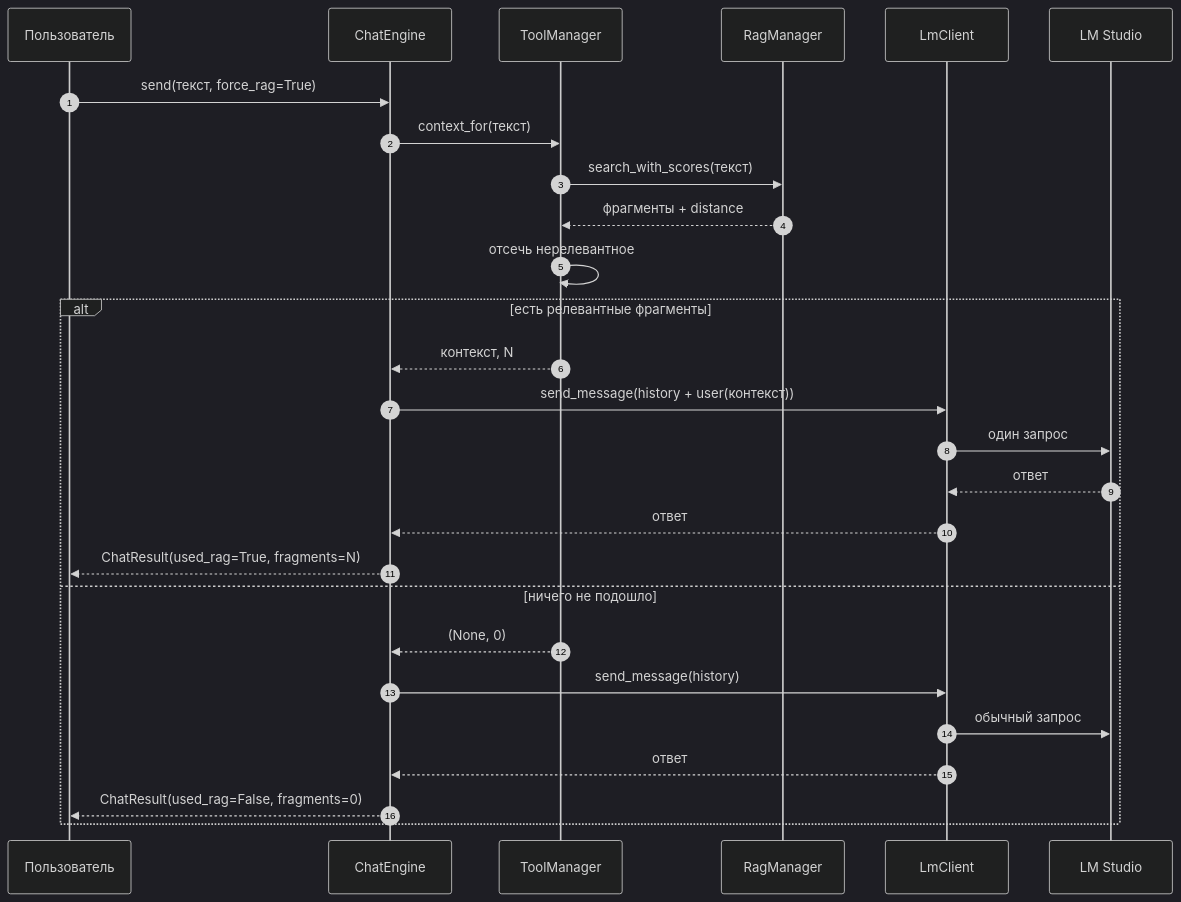
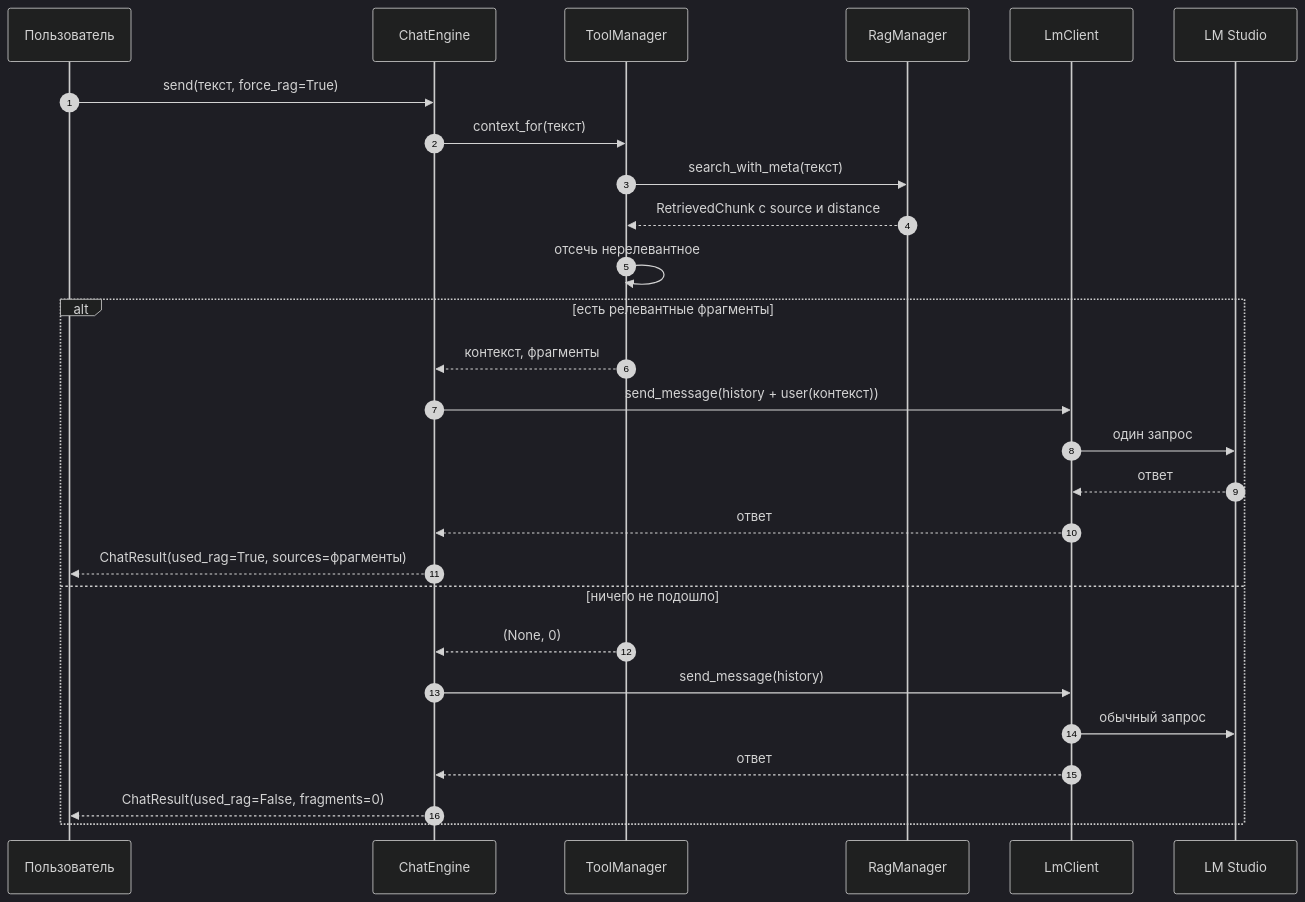
The fourth of 7 diagrams in GUIDE.md (DemiDaoshi/Sivi-Pet), drawn with Mermaid (dark theme) before and after one commit. The commit also changed other lines of this file and 25 other files, not shown here.

````diff
--- a/GUIDE.md
+++ b/GUIDE.md
@@ -1587,30 +2056,30 @@
 ```mermaid
 sequenceDiagram
     autonumber
     participant U as Пользователь
     participant E as ChatEngine
     participant T as ToolManager
     participant R as RagManager
     participant C as LmClient
     participant L as LM Studio
 
     U->>E: send(текст, force_rag=True)
     E->>T: context_for(текст)
-    T->>R: search_with_scores(текст)
-    R-->>T: фрагменты + distance
+    T->>R: search_with_meta(текст)
+    R-->>T: RetrievedChunk с source и distance
     T->>T: отсечь нерелевантное
     alt есть релевантные фрагменты
-        T-->>E: контекст, N
+        T-->>E: контекст, фрагменты
         E->>C: send_message(history + user(контекст))
         C->>L: один запрос
         L-->>C: ответ
         C-->>E: ответ
-        E-->>U: ChatResult(used_rag=True, fragments=N)
+        E-->>U: ChatResult(used_rag=True, sources=фрагменты)
     else ничего не подошло
         T-->>E: (None, 0)
         E->>C: send_message(history)
         C->>L: обычный запрос
         C-->>E: ответ
         E-->>U: ChatResult(used_rag=False, fragments=0)
     end
 ```
````
